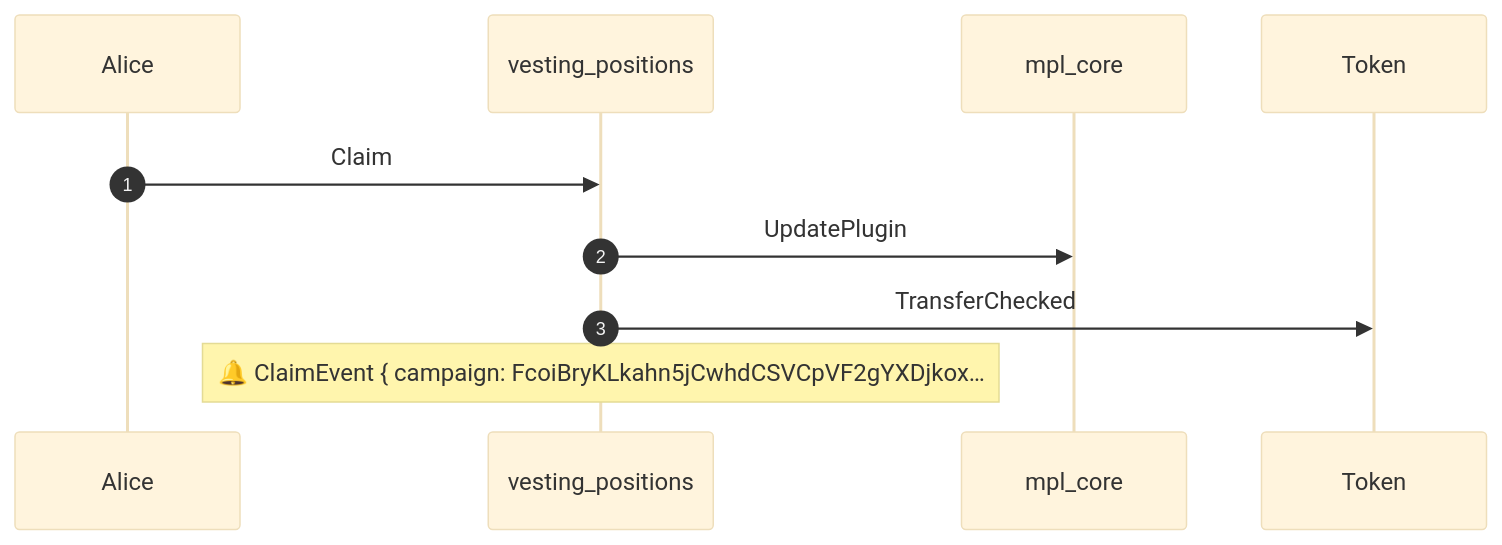
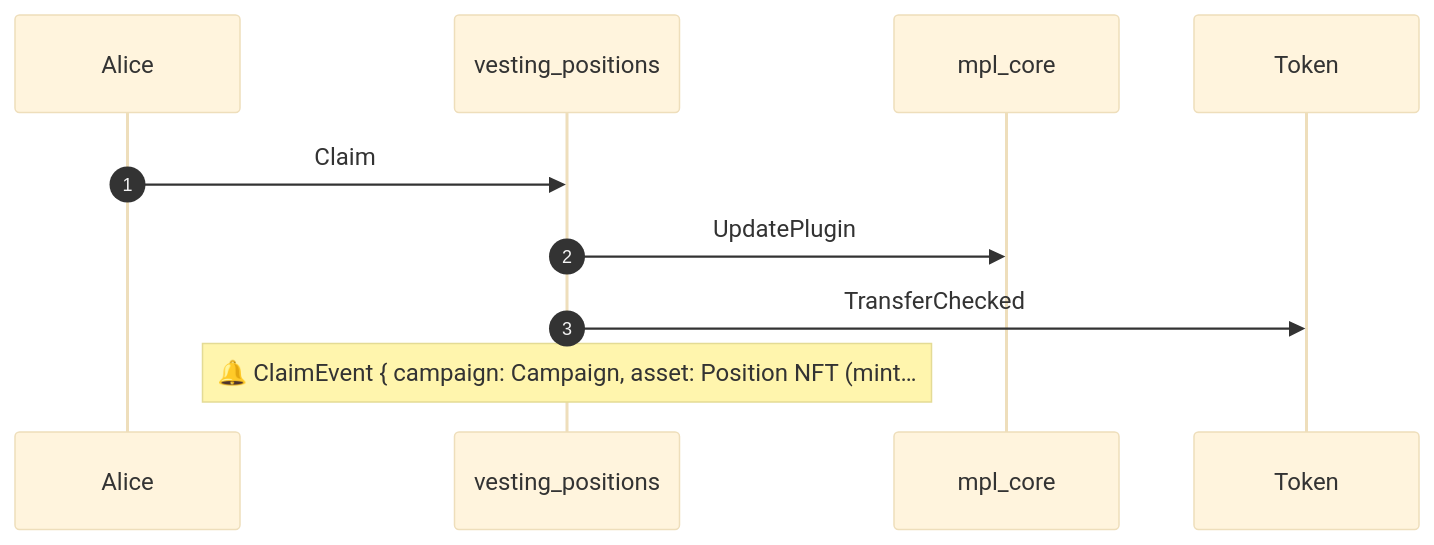
Before and after one commit to Canguilhem/Vesting-position: the second of 4 diagrams in md-reports/full-vesting-lifecycle.md, drawn with Mermaid (base theme). The commit also changed other lines of this file and 3 other files, not shown here.

````diff
--- a/md-reports/full-vesting-lifecycle.md
+++ b/md-reports/full-vesting-lifecycle.md
@@ -271,12 +271,12 @@
 ```mermaid
 sequenceDiagram
     autonumber
     participant Alice
     participant vesting_positions
     participant mpl_core
     participant Token
     Alice ->> vesting_positions: Claim
     vesting_positions ->> mpl_core: UpdatePlugin
     vesting_positions ->> Token: TransferChecked
-    note over vesting_positions: 🔔 ClaimEvent { campaign: FcoiBryKLkahn5jCwhdCSVCpVF2gYXDjkox…
+    note over vesting_positions: 🔔 ClaimEvent { campaign: Campaign, asset: Position NFT (mint…
 ```
````
